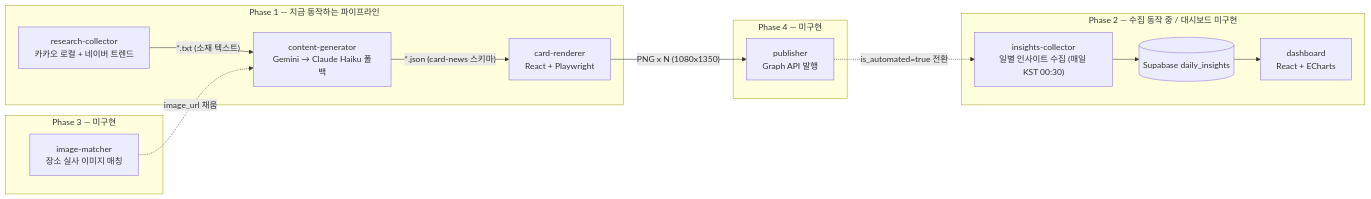
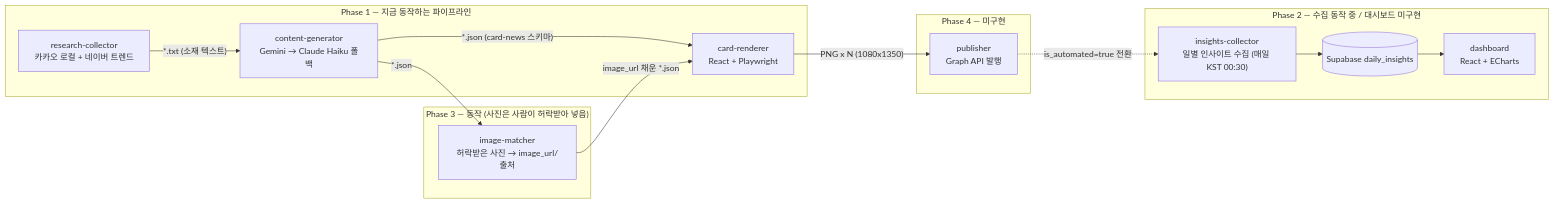
Before and after one commit to 7saval/cardnews: the diagram in README.md, drawn with Mermaid. The commit also changed other lines of this file and 14 other files, not shown here.

First line of the commit message:
feat(image-matcher): 허락받은 사진을 카드 배경·출처 표기로 연결하는 매칭 단계 추가

````diff
--- a/README.md
+++ b/README.md
@@ -15,30 +15,31 @@
 ```mermaid
 flowchart LR
     subgraph Phase1["Phase 1 — 지금 동작하는 파이프라인"]
         RC["research-collector<br/>카카오 로컬 + 네이버 트렌드"]
         CG["content-generator<br/>Gemini → Claude Haiku 폴백"]
         CR["card-renderer<br/>React + Playwright"]
         RC -->|"*.txt (소재 텍스트)"| CG
         CG -->|"*.json (card-news 스키마)"| CR
     end
 
     CR -->|"PNG x N (1080x1350)"| Publish
 
-    subgraph Phase3["Phase 3 — 미구현"]
-        IM["image-matcher<br/>장소 실사 이미지 매칭"]
+    subgraph Phase3["Phase 3 — 동작 (사진은 사람이 허락받아 넣음)"]
+        IM["image-matcher<br/>허락받은 사진 → image_url/출처"]
     end
-    IM -.->|"image_url 채움"| CG
+    CG -->|"*.json"| IM
+    IM -->|"image_url 채운 *.json"| CR
 
     subgraph Phase4["Phase 4 — 미구현"]
         Publish["publisher<br/>Graph API 발행"]
     end
 
     subgraph Phase2["Phase 2 — 수집 동작 중 / 대시보드 미구현"]
         IC["insights-collector<br/>일별 인사이트 수집 (매일 KST 00:30)"]
         DB[("Supabase daily_insights")]
         DASH["dashboard<br/>React + ECharts"]
         IC --> DB --> DASH
     end
 
     Publish -.->|"is_automated=true 전환"| IC
 ```
````
